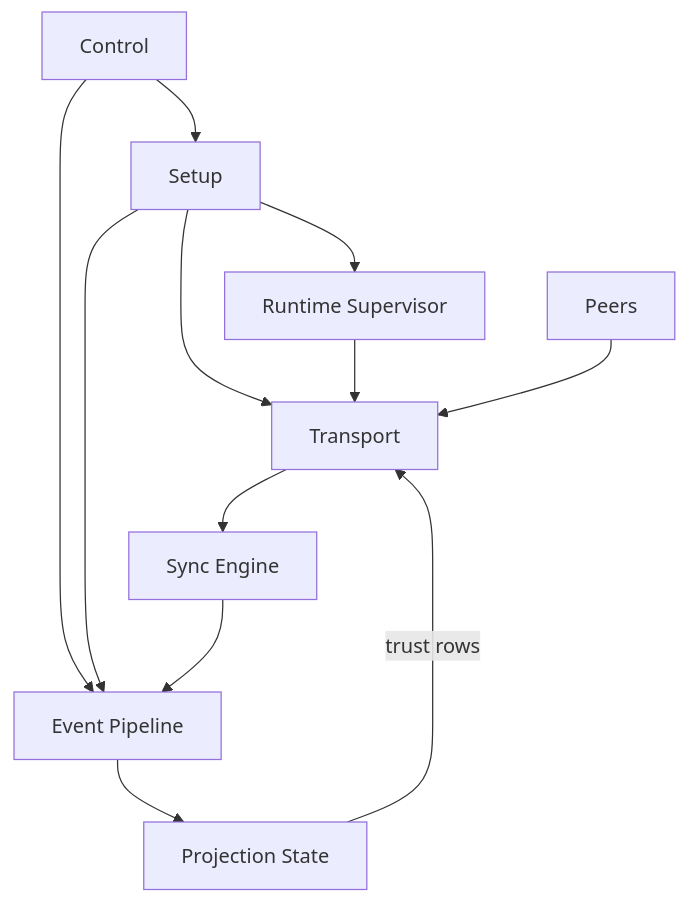
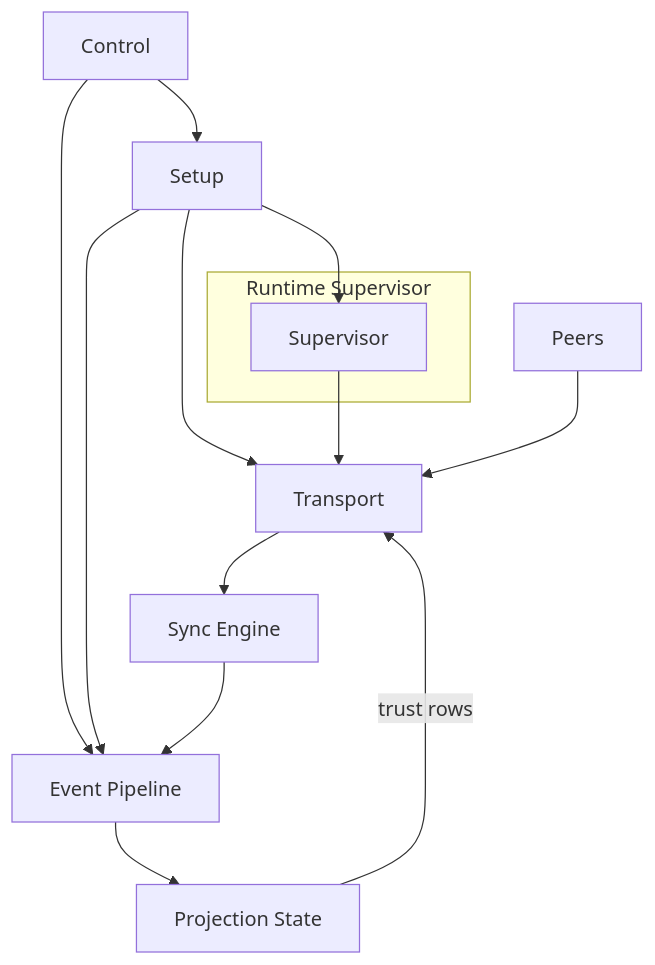
The fourth of 5 diagrams in docs/CURRENT_RUNTIME_DIAGRAM.md (holmesworcester/topo), drawn with Mermaid before and after one commit. The commit also changed other lines of this file, not shown here.

Commit message:
Align runtime supervisor labeling across diagrams

````diff
--- a/docs/CURRENT_RUNTIME_DIAGRAM.md
+++ b/docs/CURRENT_RUNTIME_DIAGRAM.md
@@ -95,24 +95,26 @@
 ```mermaid
 %%{init: {"flowchart": {"wrappingWidth": 320}} }%%
 flowchart TD
     CTRL["Control"]
     BOOT["Setup"]
-    RSUP["Runtime Supervisor"]
+    subgraph RSUP_BOX["Runtime Supervisor"]
+      RSUP["Supervisor"]
+    end
     TRANS["Transport"]
     SYNC["Sync Engine"]
     PIPE["Event Pipeline"]
     PSTATE["Projection State"]
     PEERS["Peers"]
 
     CTRL --> BOOT
     CTRL --> PIPE
     BOOT --> RSUP
     BOOT --> TRANS
     BOOT --> PIPE
     RSUP --> TRANS
     PEERS --> TRANS
     TRANS --> SYNC
     SYNC --> PIPE
     PIPE --> PSTATE
     PSTATE -->|trust rows| TRANS
 ```
````
